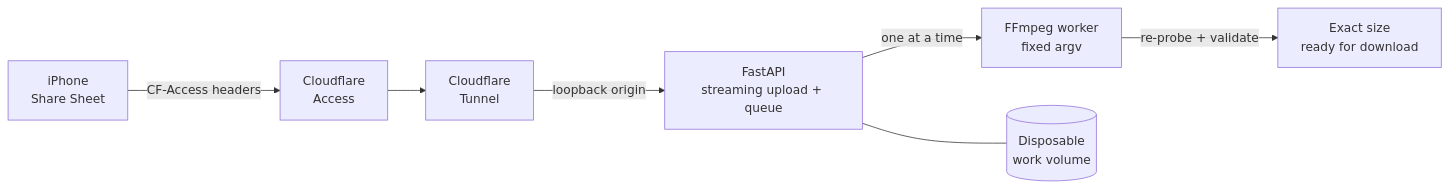
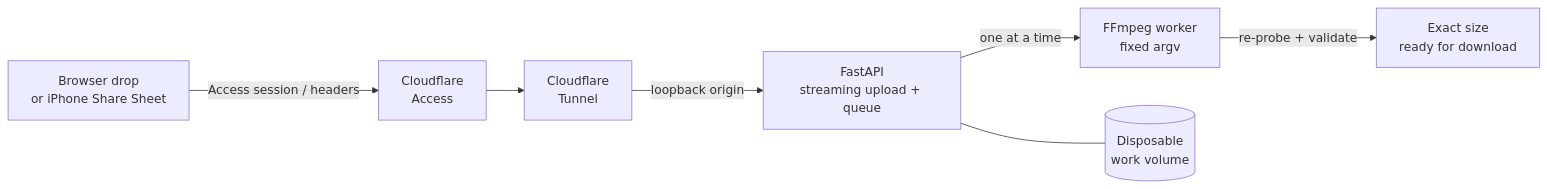
One commit to diogor0d/media-manager changed the diagram in README.md. Above: the diagram before and after it, drawn with Mermaid. The commit also changed other lines of this file and 17 other files, not shown here.

````diff
--- a/README.md
+++ b/README.md
@@ -42,9 +43,9 @@
 ```mermaid
 flowchart LR
-    iphone["iPhone<br/>Share Sheet"] -- "CF-Access headers" --> access["Cloudflare<br/>Access"]
+    clients["Browser drop<br/>or iPhone Share Sheet"] -- "Access session / headers" --> access["Cloudflare<br/>Access"]
     access --> tunnel["Cloudflare<br/>Tunnel"]
     tunnel -- "loopback origin" --> api["FastAPI<br/>streaming upload + queue"]
     api -- "one at a time" --> ffmpeg["FFmpeg worker<br/>fixed argv"]
     ffmpeg -- "re-probe + validate" --> ready["Exact size<br/>ready for download"]
     api --- work[("Disposable<br/>work volume")]
 ```
````
